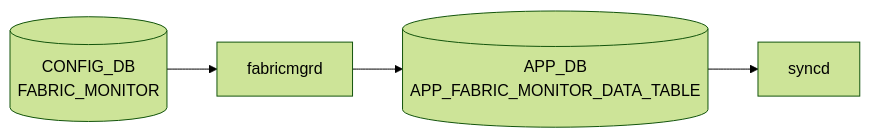
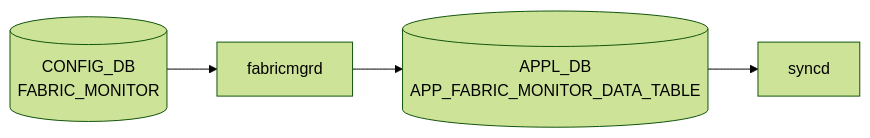
Before and after one commit to aoki-taquan/sonic-unofficial-docs: the diagram in docs/reference/config-db/fabric-monitor.md, drawn with Mermaid (forest theme). The commit also changed 91 other files, not shown here.

First line of the commit message:
fix(review-067): APP_DB→APPL_DB in mermaid labels; exclude APPL_DB pages from auto-gen

````diff
--- a/docs/reference/config-db/fabric-monitor.md
+++ b/docs/reference/config-db/fabric-monitor.md
@@ -31,10 +31,10 @@
 ```mermaid
 flowchart LR
   CDB[("CONFIG_DB<br/>FABRIC_MONITOR")]
   DM["fabricmgrd"]
   CDB --> DM
-  APPDB[("APP_DB<br/>APP_FABRIC_MONITOR_DATA_TABLE")]
+  APPDB[("APPL_DB<br/>APP_FABRIC_MONITOR_DATA_TABLE")]
   DM --> APPDB
   SYNCD["syncd"]
   APPDB --> SYNCD
 ```
````
